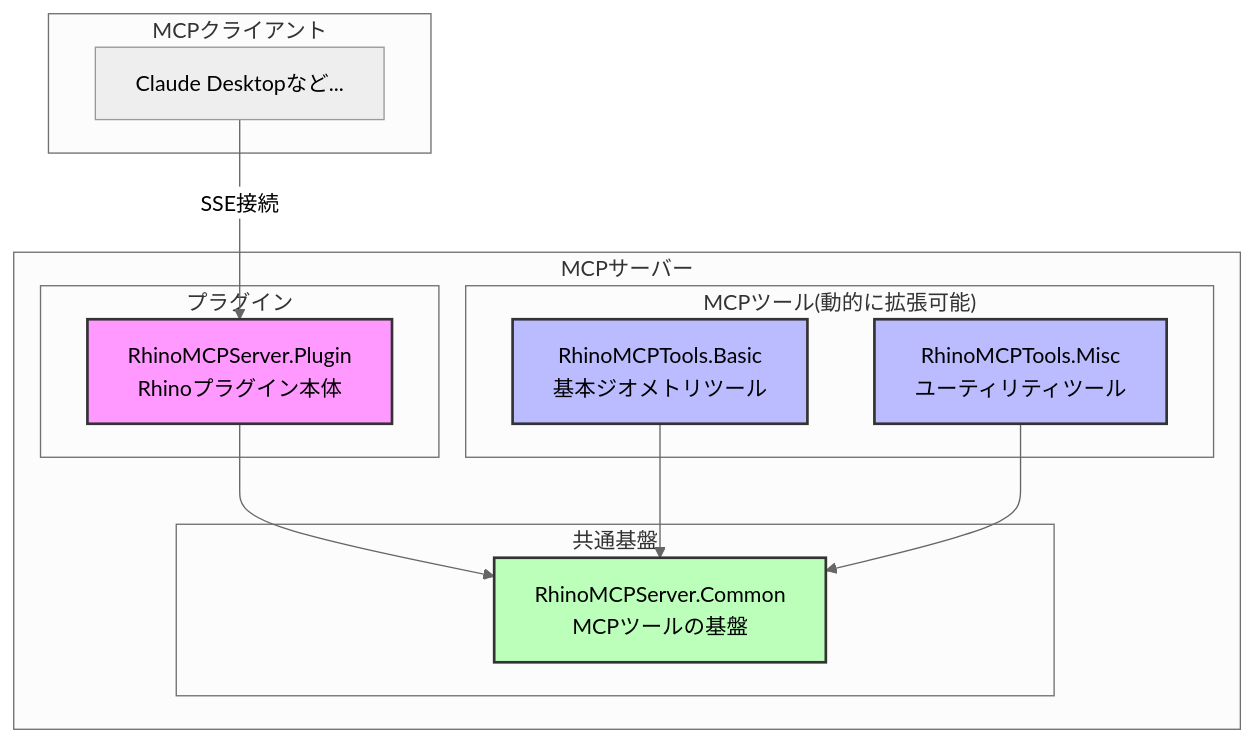
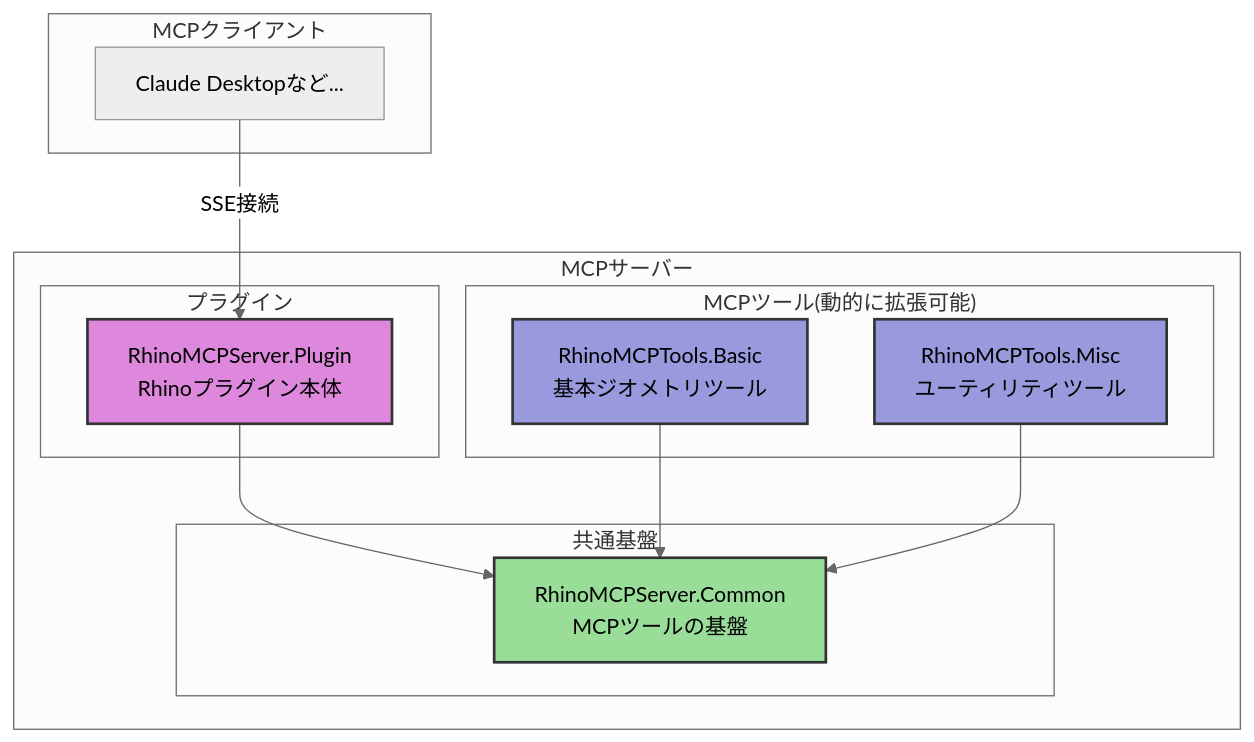
Before and after one commit to 4kk11/RhinoMCPServer: the diagram in README.ja.md, drawn with Mermaid (neutral theme). The commit also changed 1 other file, not shown here.

Commit message:
Update: README

````diff
--- a/README.ja.md
+++ b/README.ja.md
@@ -18,35 +18,35 @@
 ```mermaid
 graph TB
     subgraph MCPクライアント
       X[Claude Desktopなど...]
     end
 
     subgraph MCPサーバー
       subgraph プラグイン
           A[RhinoMCPServer.Plugin<br>Rhinoプラグイン本体]
       end
 
       subgraph 共通基盤
           B[RhinoMCPServer.Common<br>MCPツールの基盤]
       end
 
       subgraph "MCPツール(動的に拡張可能)"
           C[RhinoMCPTools.Basic<br>基本ジオメトリツール]
           D[RhinoMCPTools.Misc<br>ユーティリティツール]
       end
     end
 
 
     A --> B
     C --> B
     D --> B
     X -->|"SSE接続"| A
 
-    classDef plugin fill:#f9f,stroke:#333,stroke-width:2px;
-    classDef common fill:#bfb,stroke:#333,stroke-width:2px;
-    classDef tools fill:#bbf,stroke:#333,stroke-width:2px;
+    classDef plugin fill:#d8d,stroke:#333,stroke-width:2px;
+    classDef common fill:#9d9,stroke:#333,stroke-width:2px;
+    classDef tools fill:#99d,stroke:#333,stroke-width:2px;
 
     class A plugin;
     class B common;
     class C,D tools;
 ```
````
